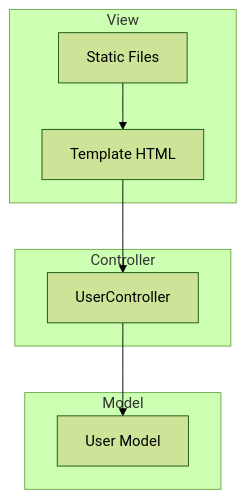
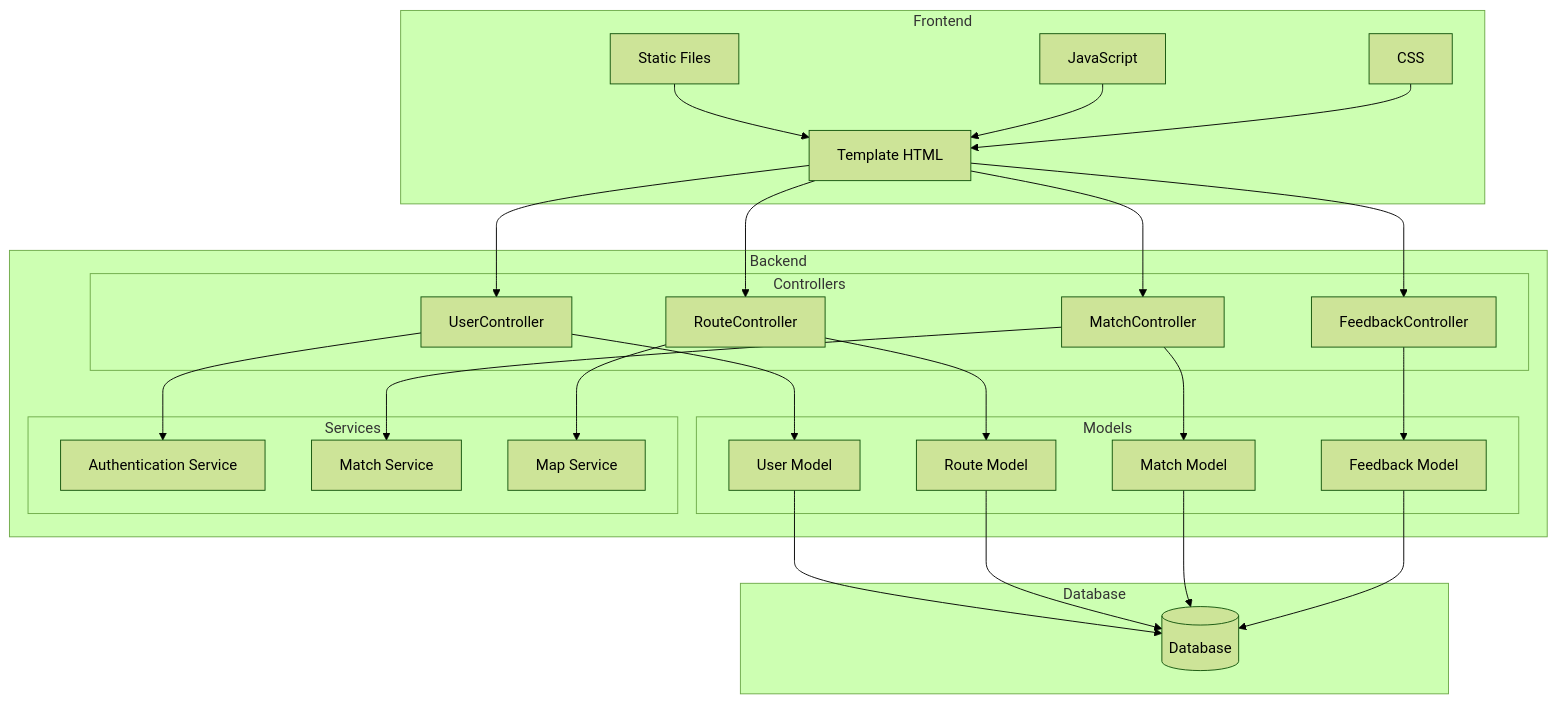
The diagram in README.md (raphaelfk/mc426), drawn with Mermaid (forest theme) before and after one commit. The commit also changed other lines of this file, not shown here.

````diff
--- a/README.md
+++ b/README.md
@@ -21,19 +21,57 @@
 ```mermaid
 graph TB
-    subgraph "View"
+    subgraph "Frontend"
         Template[Template HTML]
         Static[Static Files]
+        JS[JavaScript]
+        CSS[CSS]
     end
 
-    subgraph "Controller"
-        UserController[UserController]
+    subgraph "Backend"
+        subgraph "Controllers"
+            UserController[UserController]
+            RouteController[RouteController]
+            MatchController[MatchController]
+            FeedbackController[FeedbackController]
+        end
+
+        subgraph "Models"
+            User[User Model]
+            Route[Route Model]
+            Match[Match Model]
+            Feedback[Feedback Model]
+        end
+
+        subgraph "Services"
+            AuthService[Authentication Service]
+            MatchService[Match Service]
+            MapService[Map Service]
+        end
     end
 
-    subgraph "Model"
-        User[User Model]
+    subgraph "Database"
+        DB[(Database)]
     end
 
     Template --> UserController
+    Template --> RouteController
+    Template --> MatchController
+    Template --> FeedbackController
     Static --> Template
+    JS --> Template
+    CSS --> Template
+
     UserController --> User
+    RouteController --> Route
+    MatchController --> Match
+    FeedbackController --> Feedback
+
+    UserController --> AuthService
+    MatchController --> MatchService
+    RouteController --> MapService
+
+    User --> DB
+    Route --> DB
+    Match --> DB
+    Feedback --> DB
 ```
````
